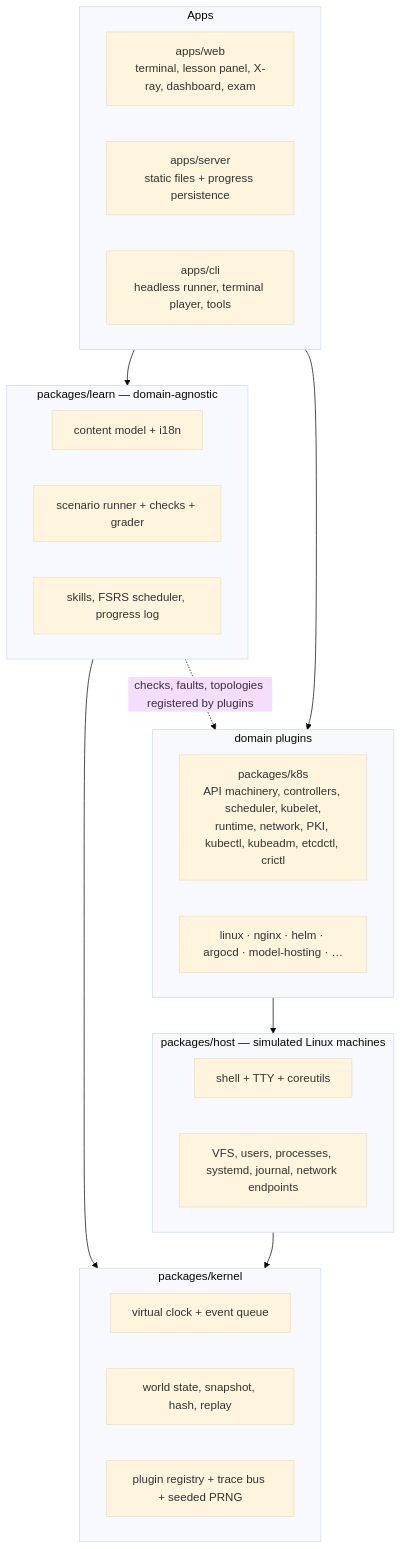
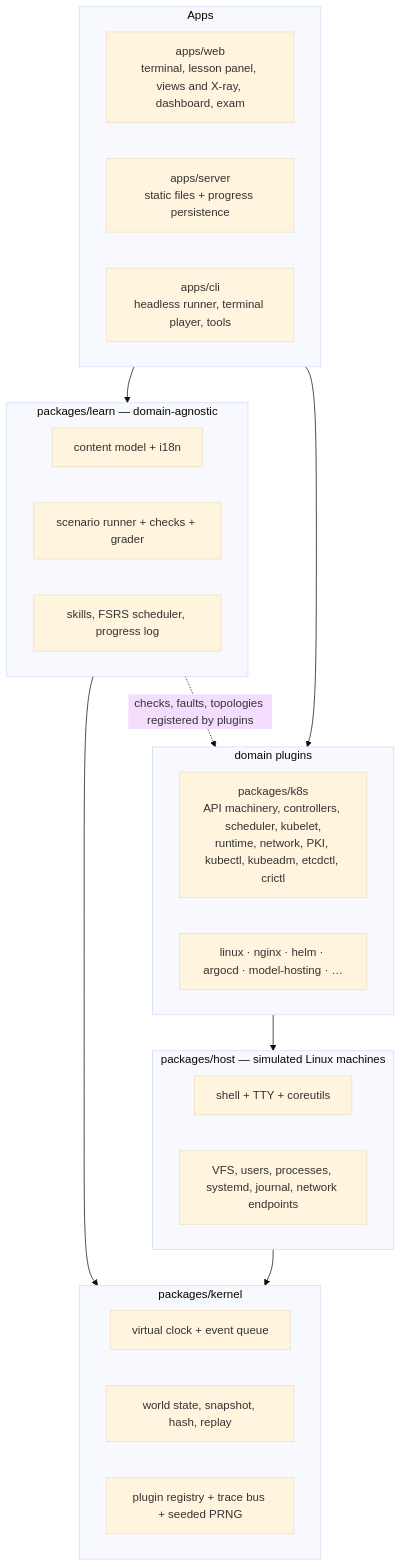
The diagram in PLAN.md (loc-cv/self-learning-platform), drawn with Mermaid (base theme) before and after one commit. The commit also changed other lines of this file and 42 other files, not shown here.

````diff
--- a/PLAN.md
+++ b/PLAN.md
@@ -183,29 +195,29 @@
 ```mermaid
 flowchart TB
   subgraph Apps
-    WEB[apps/web<br/>terminal, lesson panel, X-ray, dashboard, exam]
+    WEB[apps/web<br/>terminal, lesson panel, views and X-ray, dashboard, exam]
     SRV[apps/server<br/>static files + progress persistence]
     CLI[apps/cli<br/>headless runner, terminal player, tools]
   end
   subgraph Learning[packages/learn — domain-agnostic]
     CONTENT[content model + i18n]
     RUNNER[scenario runner + checks + grader]
     SRS[skills, FSRS scheduler, progress log]
   end
   subgraph Domains[domain plugins]
     K8S[packages/k8s<br/>API machinery, controllers, scheduler, kubelet,<br/>runtime, network, PKI, kubectl, kubeadm, etcdctl, crictl]
     LATER[linux · nginx · helm · argocd · model-hosting · …]
   end
   subgraph Host[packages/host — simulated Linux machines]
     SHELL[shell + TTY + coreutils]
     VFS[VFS, users, processes, systemd, journal, network endpoints]
   end
   subgraph Kernel[packages/kernel]
     CLOCK[virtual clock + event queue]
     STATE[world state, snapshot, hash, replay]
     REG[plugin registry + trace bus + seeded PRNG]
   end
   Apps --> Learning --> Kernel
   Apps --> Domains --> Host --> Kernel
   Learning -. checks, faults, topologies registered by plugins .-> Domains
 ```
````
